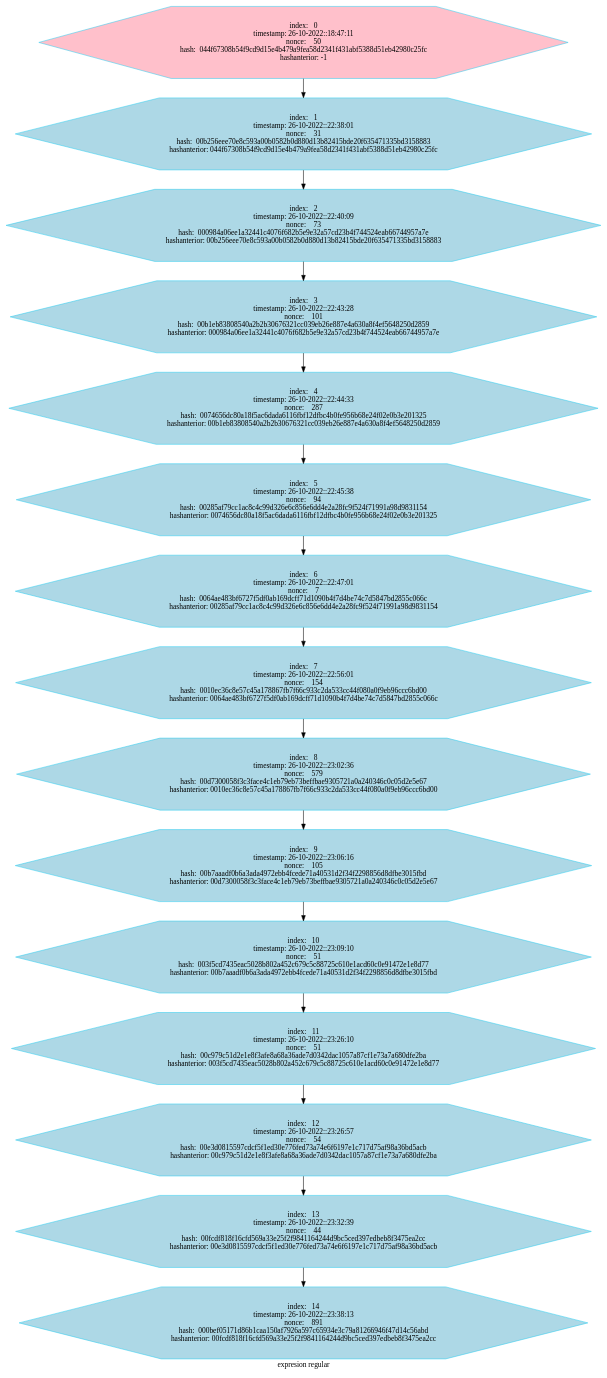
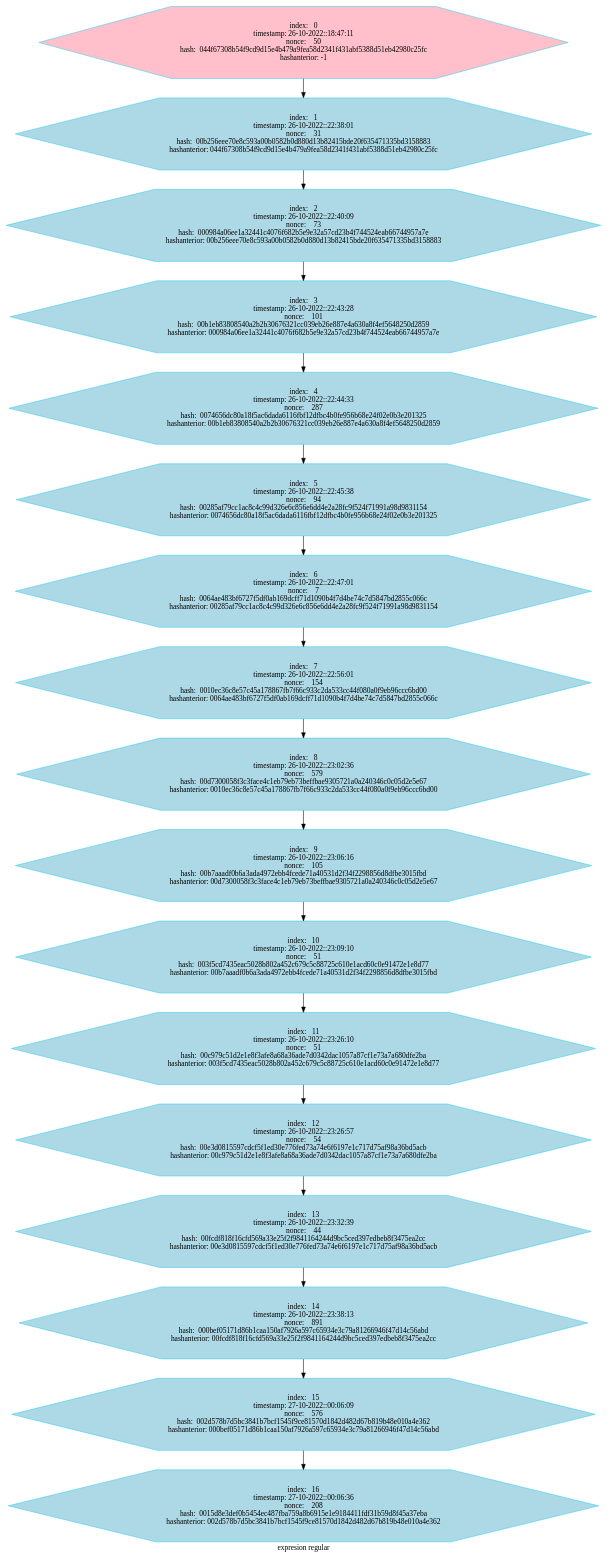
One commit to betebetoven/EDDS2F2 changed the diagram in BLOCKCHAIN.dot. Above: the diagram before and after it, drawn with Graphviz. The commit also changed 6 other files, not shown here.

```diff
--- a/BLOCKCHAIN.dot
+++ b/BLOCKCHAIN.dot
@@ -132,6 +132,24 @@
 nonce:    891
 hash:  000bef05171d86b1caa150af7926a597c65934e3c79a81266946f47d14c56abd
 hashanterior: 00fcdf818f16cfd569a33e25f2f9841164244d9bc5ced397edbeb8f3475ea2cc"
+"index:   14
+timestamp: 26-10-2022::23:38:13
+nonce:    891
+hash:  000bef05171d86b1caa150af7926a597c65934e3c79a81266946f47d14c56abd
+hashanterior: 00fcdf818f16cfd569a33e25f2f9841164244d9bc5ced397edbeb8f3475ea2cc"->"index:   15
+timestamp: 27-10-2022::00:06:09
+nonce:    576
+hash:  002d578b7d5bc3841b7bcf1545f9ce81570d1842d482d67b819b48e010a4e362
+hashanterior: 000bef05171d86b1caa150af7926a597c65934e3c79a81266946f47d14c56abd"
+"index:   15
+timestamp: 27-10-2022::00:06:09
+nonce:    576
+hash:  002d578b7d5bc3841b7bcf1545f9ce81570d1842d482d67b819b48e010a4e362
+hashanterior: 000bef05171d86b1caa150af7926a597c65934e3c79a81266946f47d14c56abd"->"index:   16
+timestamp: 27-10-2022::00:06:36
+nonce:    208
+hash:  0015d8e3def0b5454ec487fba759a8b6915e1e9184411fdf31b59d8f45a37eba
+hashanterior: 002d578b7d5bc3841b7bcf1545f9ce81570d1842d482d67b819b48e010a4e362"
 "index:   0
 timestamp: 26-10-2022::18:47:11
 nonce:    50
@@ -207,4 +225,14 @@
 nonce:    891
 hash:  000bef05171d86b1caa150af7926a597c65934e3c79a81266946f47d14c56abd
 hashanterior: 00fcdf818f16cfd569a33e25f2f9841164244d9bc5ced397edbeb8f3475ea2cc"[fillcolor="lightblue"]
+"index:   15
+timestamp: 27-10-2022::00:06:09
+nonce:    576
+hash:  002d578b7d5bc3841b7bcf1545f9ce81570d1842d482d67b819b48e010a4e362
+hashanterior: 000bef05171d86b1caa150af7926a597c65934e3c79a81266946f47d14c56abd"[fillcolor="lightblue"]
+"index:   16
+timestamp: 27-10-2022::00:06:36
+nonce:    208
+hash:  0015d8e3def0b5454ec487fba759a8b6915e1e9184411fdf31b59d8f45a37eba
+hashanterior: 002d578b7d5bc3841b7bcf1545f9ce81570d1842d482d67b819b48e010a4e362"[fillcolor="lightblue"]
 }
```
